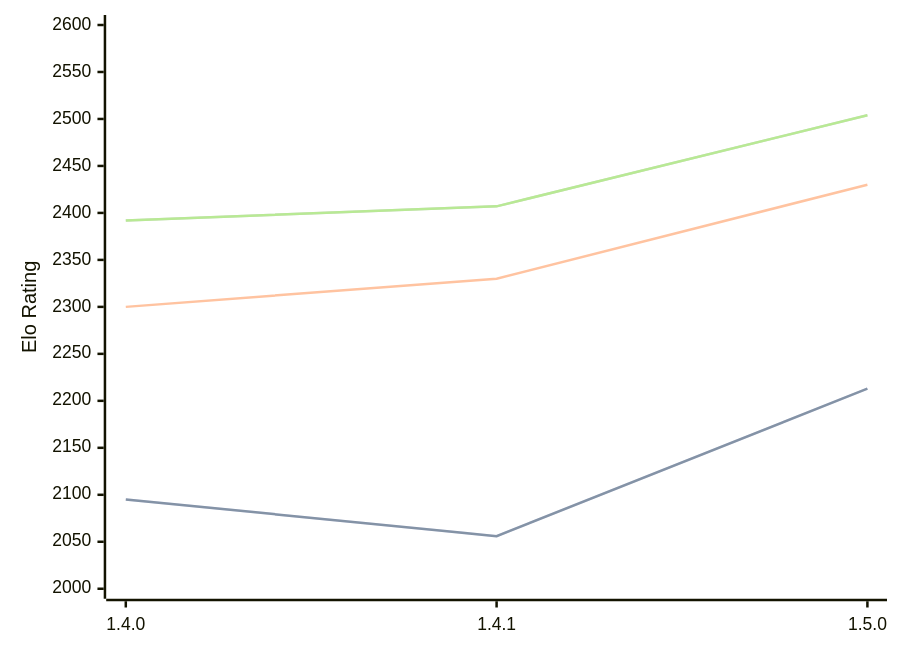
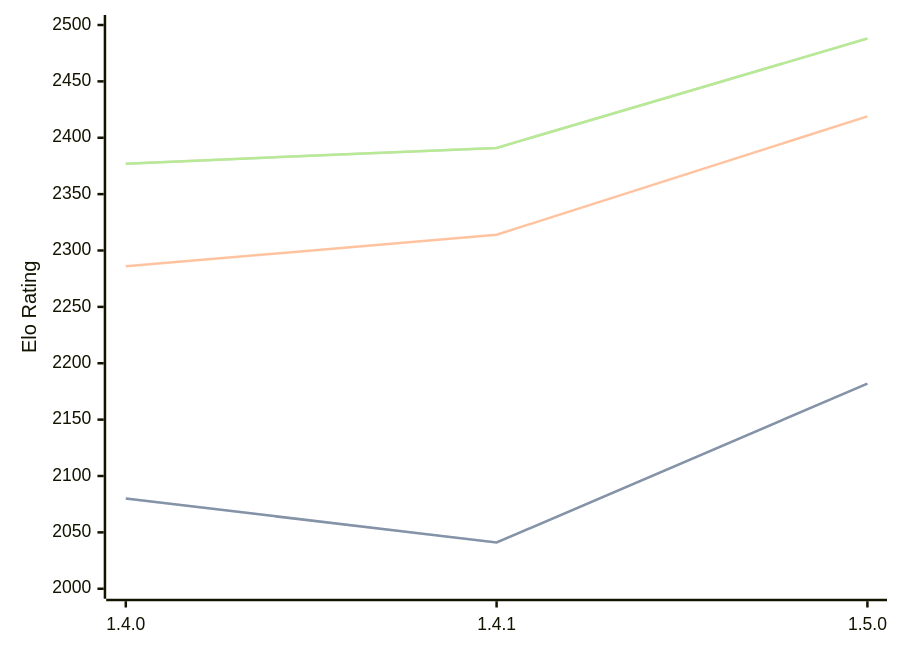
One commit to computer-chess-index/cci changed the diagram in engines/Tofiks.md. Above: the diagram before and after it, drawn with Mermaid. The commit also changed other lines of this file, not shown here.

Commit message:
Update CCI Ratings (ELO VLTC) - 2026-05-20

````diff
--- a/engines/Tofiks.md
+++ b/engines/Tofiks.md
@@ -37,11 +37,11 @@
 ```mermaid
 %%{init: {"theme":"base","themeVariables":{"seriesColors:['#a3a3a3','#222221','#faa371']}}}%%
 xychart-beta
   x-axis ["1.4.0", "1.4.1", "1.5.0"]
-  y-axis "Elo Rating" 2000 --> 2600
-  line "STC (8.0+0.08s)" [2095, 2056, 2213]
-  line "STC (8.0+0.08s)" [2095, 2056, 2213]
-  line "LTC (60.0+0.60s)" [2300, 2330, 2430]
-  line "VLTC (2m24s+1.12s)" [2392, 2407, 2504]
-  line "VLTC (2m24s+1.12s)" [2392, 2407, 2504]
+  y-axis "Elo Rating" 2000 --> 2500
+  line "STC (8.0+0.08s)" [2080, 2041, 2182]
+  line "STC (8.0+0.08s)" [2080, 2041, 2182]
+  line "LTC (60.0+0.60s)" [2286, 2314, 2419]
+  line "VLTC (2m24s+1.12s)" [2377, 2391, 2488]
+  line "VLTC (2m24s+1.12s)" [2377, 2391, 2488]
 ```
````
